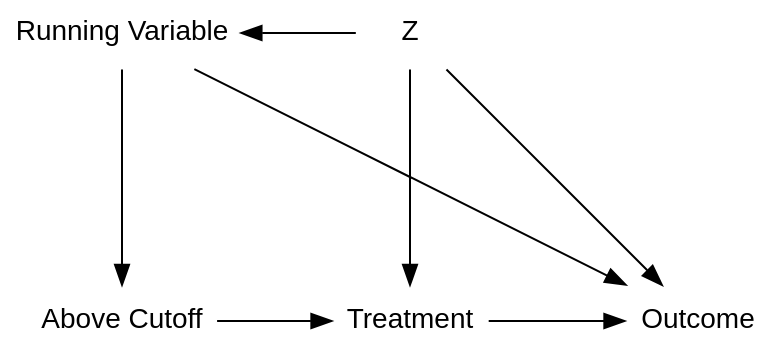
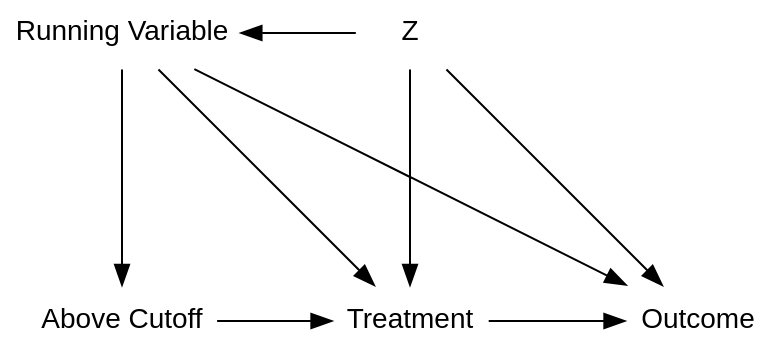
One commit to mca91/kausalanalyse_slides changed the diagram in RDD/dot_files/Treatment_Outcome_pg33.dot. Above: the diagram before and after it, drawn with Graphviz. The commit also changed 18 other files, not shown here.

```diff
--- a/RDD/dot_files/Treatment_Outcome_pg33.dot
+++ b/RDD/dot_files/Treatment_Outcome_pg33.dot
@@ -1,24 +1,25 @@
 digraph "Causal Diagramm RDD" {
   layout=neato
   fontname="Helvetica,Arial,sans-serif"
   bgcolor=transparent
   imagescale=both
   node [fontname="Helvetica,Arial,sans-serif"]
   edge [fontname="Helvetica,Arial,sans-serif"]
   node [shape=none];
   "Running Variable" [pos="0,2!"]
   "Above Cutoff" [pos="0,0!"]
   "Treatment" [pos="2,0!"]
   "Z" [pos="2,2!"]
   "Outcome" [pos="4,0!"]
 
   
   "Above Cutoff" -> "Treatment"
    "Running Variable" ->  "Above Cutoff"
    "Running Variable" -> "Outcome"
+   "Running Variable" -> "Treatment"
    "Z" -> "Treatment"
    "Treatment" -> "Outcome"
    "Z" ->  "Running Variable"
    "Z" -> "Outcome"
  
 }
```
